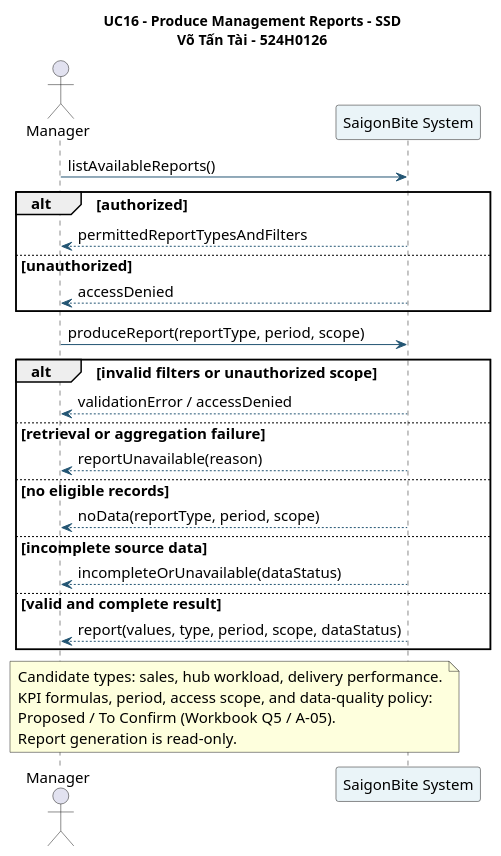
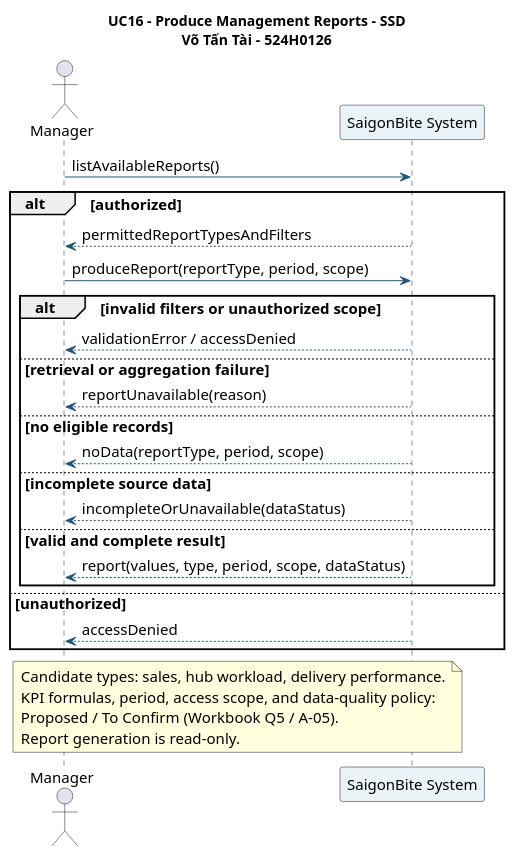
The diagram in docs/sprint1/UC16_ManagementReports/diagrams/16-ssd.puml (minhthanhle2309/SaigonBite-RAD), drawn with PlantUML before and after one commit. The commit also changed 14 other files, not shown here.

```diff
--- a/docs/sprint1/UC16_ManagementReports/diagrams/16-ssd.puml
+++ b/docs/sprint1/UC16_ManagementReports/diagrams/16-ssd.puml
@@ -1,38 +1,37 @@
 @startuml
 skinparam backgroundColor #FFFFFF
 skinparam defaultFontName Arial
 skinparam defaultFontSize 15
 skinparam shadowing false
 skinparam ArrowColor #235573
 skinparam sequenceParticipantBackgroundColor #EAF4F8
 title UC16 - Produce Management Reports - SSD\nVõ Tấn Tài - 524H0126
 actor Manager
 participant "SaigonBite System" as System
 
 Manager -> System: listAvailableReports()
 alt authorized
   System --> Manager: permittedReportTypesAndFilters
+  Manager -> System: produceReport(reportType, period, scope)
+  alt invalid filters or unauthorized scope
+    System --> Manager: validationError / accessDenied
+  else retrieval or aggregation failure
+    System --> Manager: reportUnavailable(reason)
+  else no eligible records
+    System --> Manager: noData(reportType, period, scope)
+  else incomplete source data
+    System --> Manager: incompleteOrUnavailable(dataStatus)
+  else valid and complete result
+    System --> Manager: report(values, type, period, scope, dataStatus)
+  end
 else unauthorized
   System --> Manager: accessDenied
-end
-
-Manager -> System: produceReport(reportType, period, scope)
-alt invalid filters or unauthorized scope
-  System --> Manager: validationError / accessDenied
-else retrieval or aggregation failure
-  System --> Manager: reportUnavailable(reason)
-else no eligible records
-  System --> Manager: noData(reportType, period, scope)
-else incomplete source data
-  System --> Manager: incompleteOrUnavailable(dataStatus)
-else valid and complete result
-  System --> Manager: report(values, type, period, scope, dataStatus)
 end
 
 note over Manager,System
   Candidate types: sales, hub workload, delivery performance.
   KPI formulas, period, access scope, and data-quality policy:
   Proposed / To Confirm (Workbook Q5 / A-05).
   Report generation is read-only.
 end note
 @enduml
```
